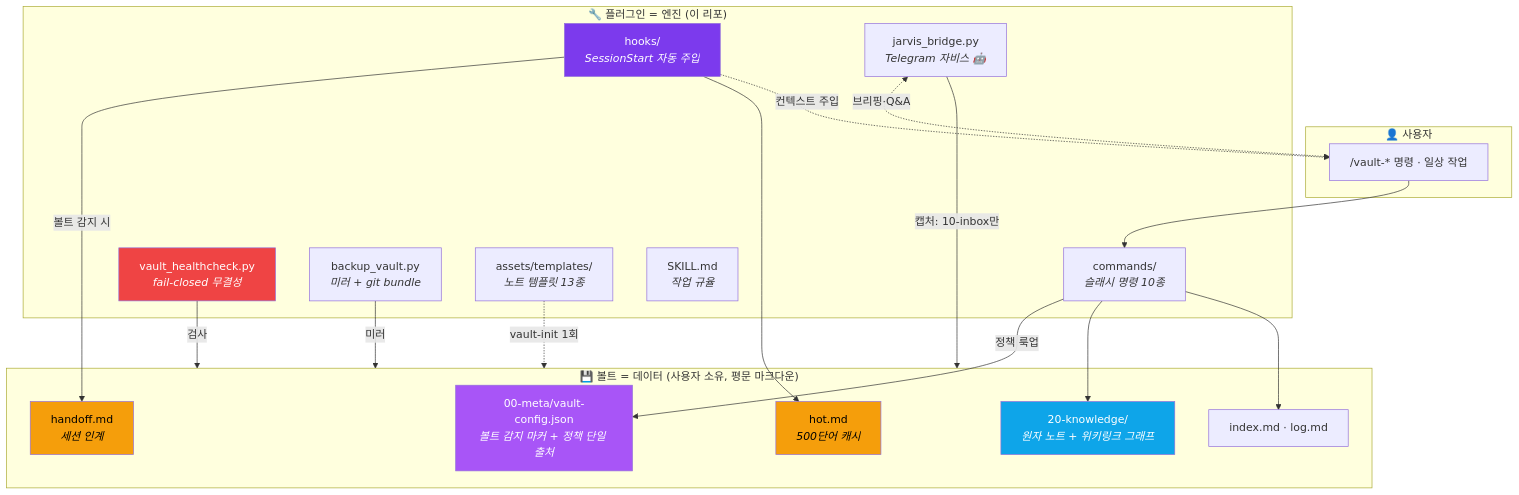
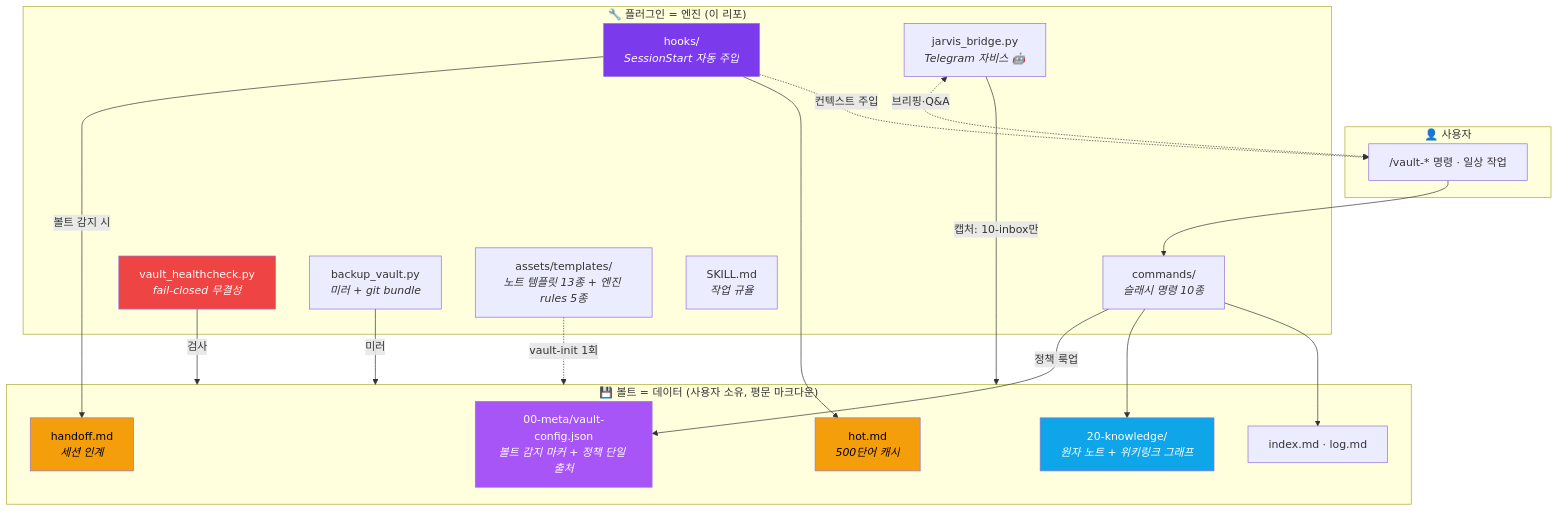
The second of 5 diagrams in README.md (Technoetic/agentic-vault), drawn with Mermaid before and after one commit. The commit also changed other lines of this file, not shown here.

Commit message:
docs: 템플릿 개수 표기에 엔진 rules 5종 반영 (배지·다이어그램 2곳·English summary)

````diff
--- a/README.md
+++ b/README.md
@@ -96,44 +96,44 @@
 ```mermaid
 flowchart TB
     subgraph user["👤 사용자"]
         U["/vault-* 명령 · 일상 작업"]
     end
 
     subgraph plugin["🔧 플러그인 = 엔진 (이 리포)"]
         CMD["commands/<br/><i>슬래시 명령 10종</i>"]
         HOOK["hooks/<br/><i>SessionStart 자동 주입</i>"]
         HC["vault_healthcheck.py<br/><i>fail-closed 무결성</i>"]
         BK["backup_vault.py<br/><i>미러 + git bundle</i>"]
         JB["jarvis_bridge.py<br/><i>Telegram 자비스 🤖</i>"]
-        TPL["assets/templates/<br/><i>노트 템플릿 13종</i>"]
+        TPL["assets/templates/<br/><i>노트 템플릿 13종 + 엔진 rules 5종</i>"]
         SK["SKILL.md<br/><i>작업 규율</i>"]
     end
 
     subgraph vault["💾 볼트 = 데이터 (사용자 소유, 평문 마크다운)"]
         CFG["00-meta/vault-config.json<br/><i>볼트 감지 마커 + 정책 단일 출처</i>"]
         HOT["hot.md<br/><i>500단어 캐시</i>"]
         HND["handoff.md<br/><i>세션 인계</i>"]
         IDX["index.md · log.md"]
         KNW["20-knowledge/<br/><i>원자 노트 + 위키링크 그래프</i>"]
     end
 
     U --> CMD
     TPL -.vault-init 1회.-> vault
     CMD -->|정책 룩업| CFG
     CMD --> KNW
     CMD --> IDX
     HOOK -->|볼트 감지 시| HND
     HOOK --> HOT
     HOOK -.컨텍스트 주입.-> U
     HC -->|검사| vault
     BK -->|미러| vault
     JB -->|캡처: 10-inbox만| vault
     JB <-.->|브리핑·Q&A| U
 
     style CFG fill:#A855F7,color:#fff
     style HOOK fill:#7C3AED,color:#fff
     style HC fill:#EF4444,color:#fff
     style HOT fill:#F59E0B,color:#000
     style HND fill:#F59E0B,color:#000
     style KNW fill:#0EA5E9,color:#fff
 ```
````
